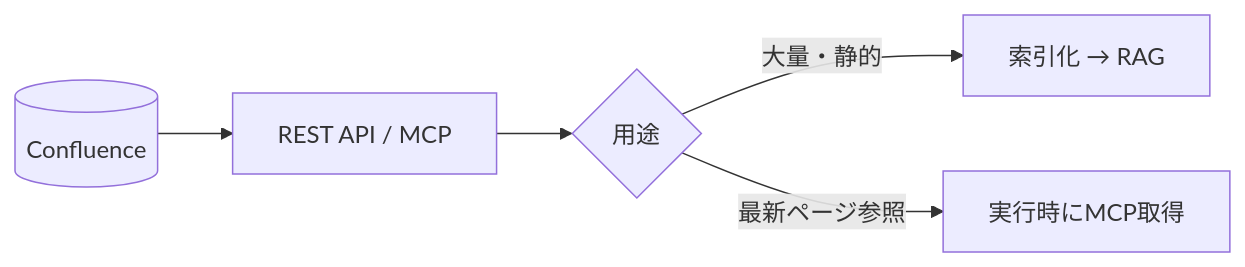
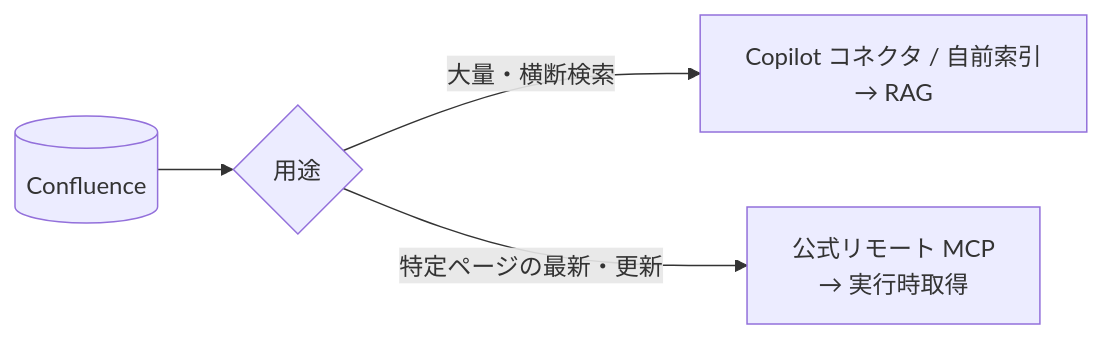
Before and after one commit to mike-sugimoto/ai-tech-notes: the diagram in src/content/docs/data-sources/confluence.md, drawn with Mermaid. The commit also changed other lines of this file and 5 other files, not shown here.

````diff
--- a/src/content/docs/data-sources/confluence.md
+++ b/src/content/docs/data-sources/confluence.md
@@ -19,7 +20,6 @@
 ```mermaid
 flowchart LR
-    CF[(Confluence)] --> API[REST API / MCP]
-    API --> SEL{用途}
-    SEL -->|大量・静的| RAG[索引化 → RAG]
-    SEL -->|最新ページ参照| MCP[実行時にMCP取得]
+    CF[(Confluence)] --> SEL{用途}
+    SEL -->|大量・横断検索| RAG[Copilot コネクタ / 自前索引<br/>→ RAG]
+    SEL -->|特定ページの最新・更新| MCP[公式リモート MCP<br/>→ 実行時取得]
 ```
````
